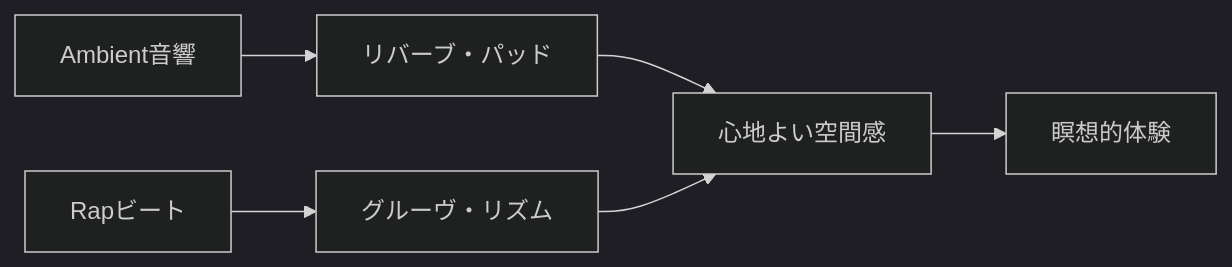
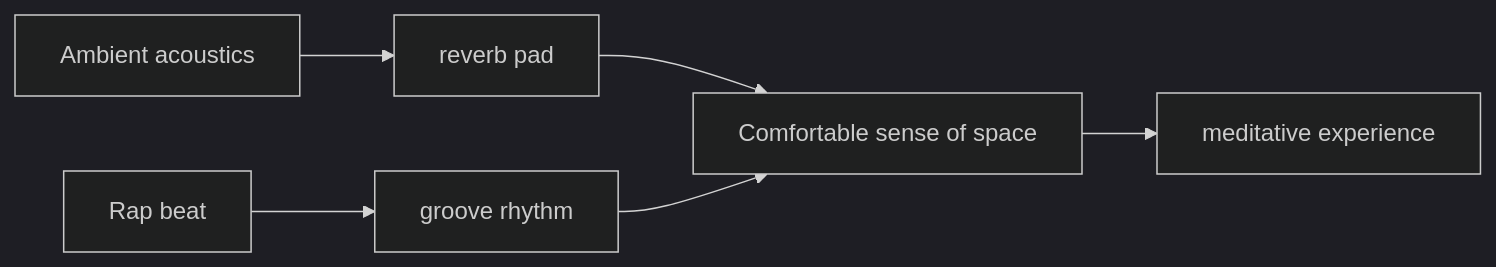
One commit to monumental-movement/monumental-movement.github.io changed the second of 4 diagrams in en/_posts/2026-02-14-column-ambient-rap.md. Above: the diagram before and after it, drawn with Mermaid (dark theme). The commit also changed other lines of this file and 801 other files, not shown here.

```diff
--- a/en/_posts/2026-02-14-column-ambient-rap.md
+++ b/en/_posts/2026-02-14-column-ambient-rap.md
@@ -73,8 +73,8 @@
 <div class="mermaid">
 flowchart LR
-    A[Ambient音響] --> B[リバーブ・パッド]
-    B --> C[心地よい空間感]
-    D[Rapビート] --> E[グルーヴ・リズム]
+    A[Ambient acoustics] --> B[reverb pad]
+    B --> C[Comfortable sense of space]
+    D[Rap beat] --> E[groove rhythm]
     E --> C
-    C --> F[瞑想的体験]
+    C --> F[meditative experience]
 </div>
```
